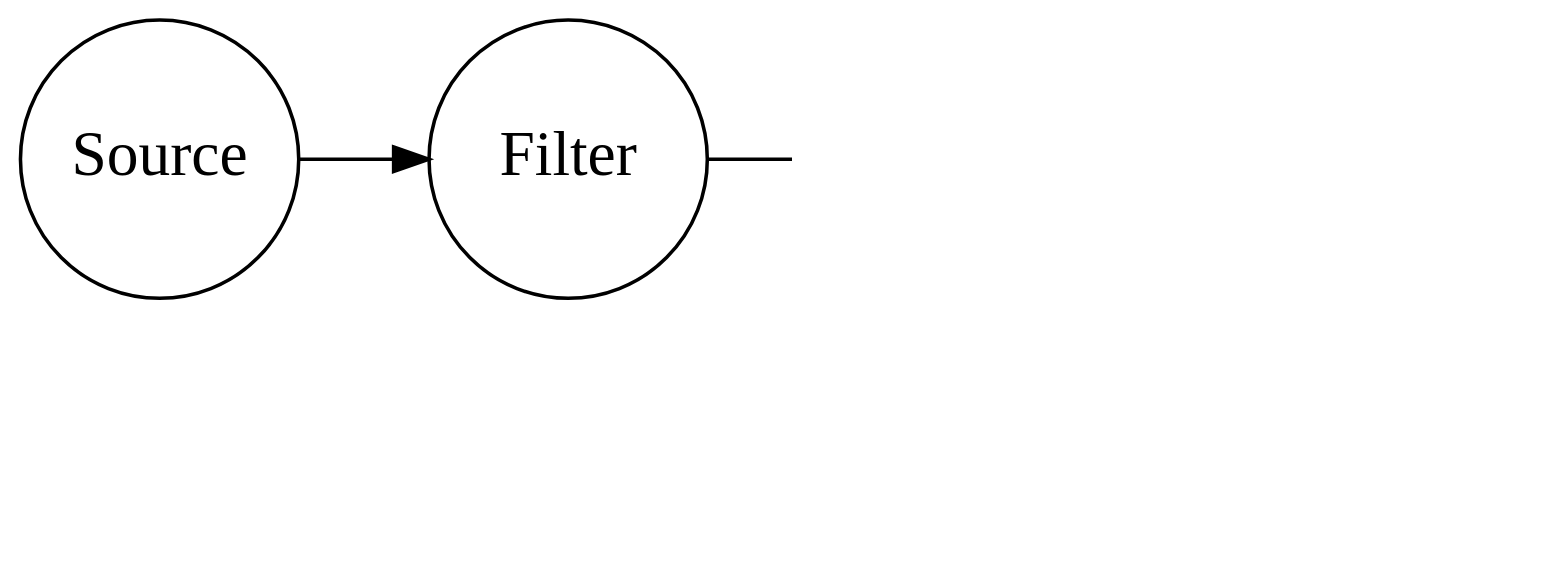
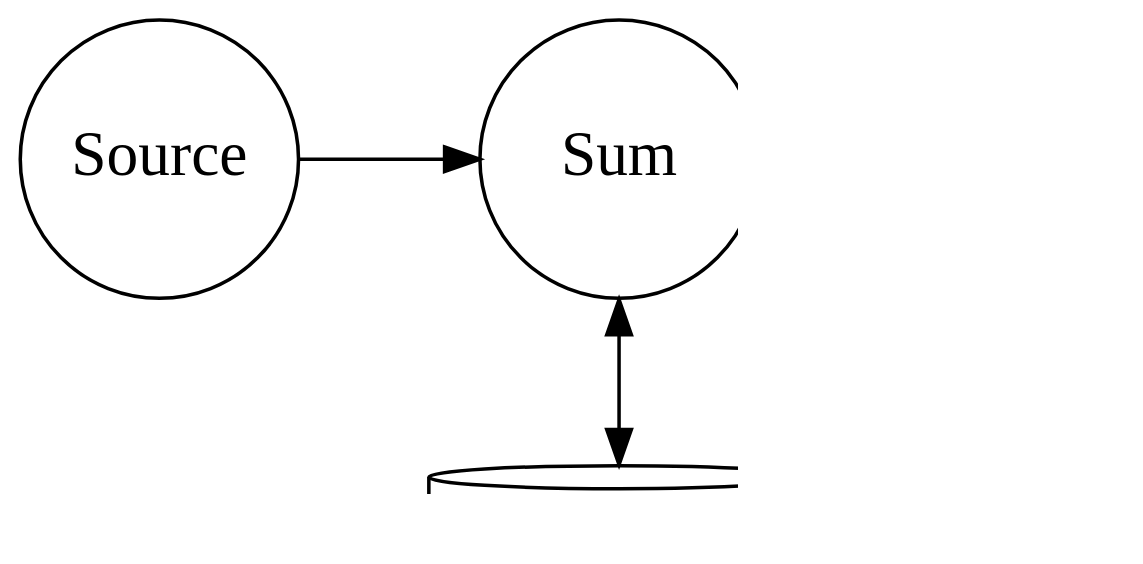
One commit to inponomarev/kstreams-examples changed the sixth of 14 diagrams in slides/src/main/asciidoc/kstreams.adoc. Above: the diagram before and after it, drawn with Graphviz. The commit also changed other lines of this file and 4 other files, not shown here.

```diff
--- a/slides/src/main/asciidoc/kstreams.adoc
+++ b/slides/src/main/asciidoc/kstreams.adoc
@@ -322,12 +377,12 @@
 [graphviz, "counting-topology.png"]
 -----
 digraph G {
 graph [ dpi = 150 ]; 
 rankdir="LR";
 node [fontsize=18; shape="circle"; fixedsize="true"; width="1.1"];
 Store [shape="cylinder"; label="Local Store"; fixedsize="true"; width="1.5"]
-Source -> Filter -> Counter -> Sink
-Counter -> Store [dir=both; label=" \n "]
-{rank = same; Store; Counter;}
+Source -> Sum -> Sink
+Sum -> Store [dir=both; label=" \n "]
+{rank = same; Store; Sum;}
 }
 -----
```
